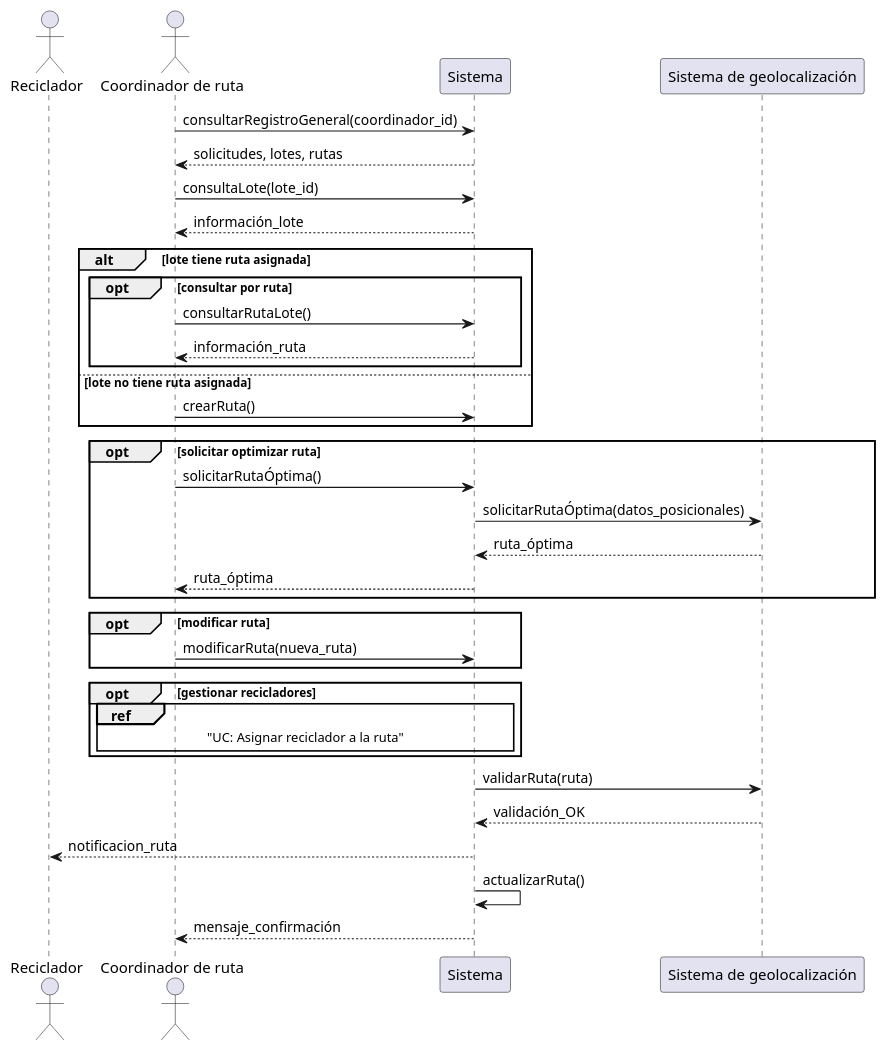
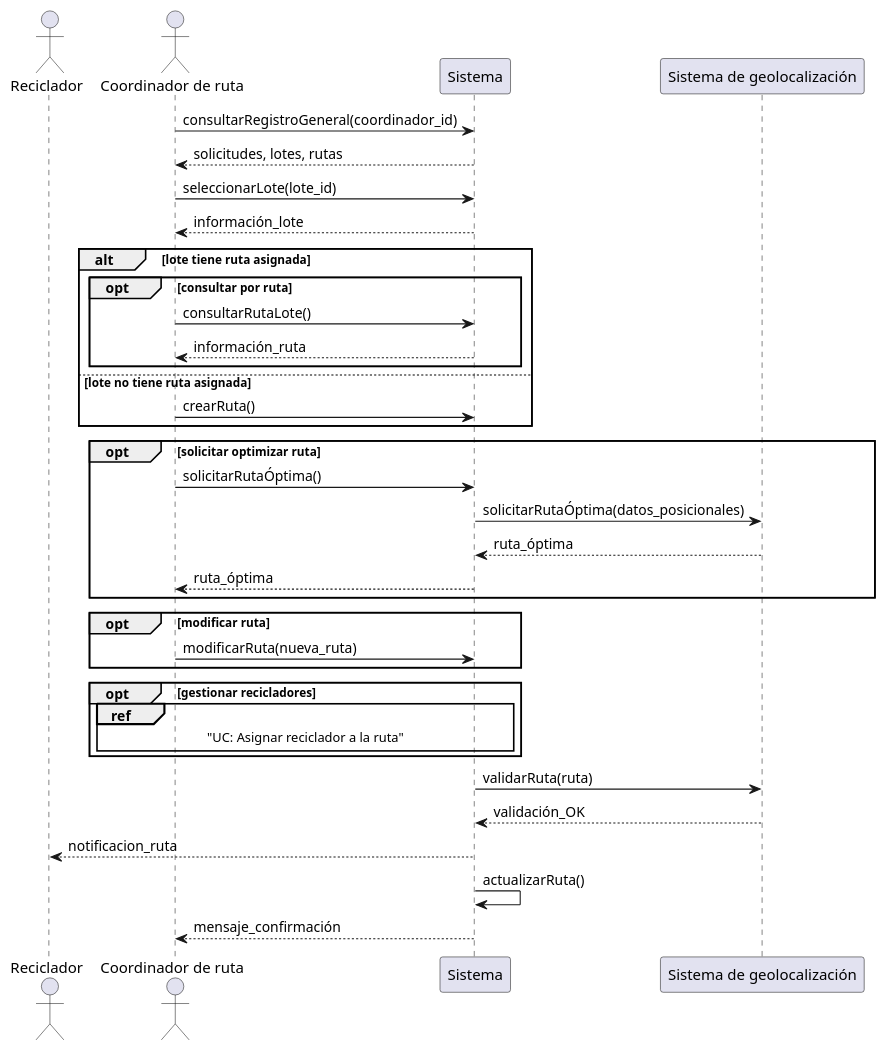
Before and after one commit to gllrmoliva/proyecto-semestral-ingsoft1: the diagram in UC2.plantuml, drawn with PlantUML.

```diff
--- a/UC2.plantuml
+++ b/UC2.plantuml
@@ -1,47 +1,47 @@
 @startuml
 actor "Reciclador" as Reciclador
 actor "Coordinador de ruta" as Coordinador
 
 participant "Sistema" as Sistema
 participant "Sistema de geolocalización" as Geo
 
 
 Coordinador -> Sistema: consultarRegistroGeneral(coordinador_id)
 Sistema --> Coordinador: solicitudes, lotes, rutas
-Coordinador -> Sistema: consultaLote(lote_id)
+Coordinador -> Sistema: seleccionarLote(lote_id)
 Sistema --> Coordinador: información_lote
 
 alt lote tiene ruta asignada
     opt consultar por ruta
         Coordinador -> Sistema: consultarRutaLote()
         Sistema --> Coordinador: información_ruta
 end 
 
 
 else lote no tiene ruta asignada
     Coordinador -> Sistema: crearRuta()
 end
 
 opt solicitar optimizar ruta
     Coordinador -> Sistema: solicitarRutaÓptima()
     Sistema -> Geo: solicitarRutaÓptima(datos_posicionales)
     Geo --> Sistema: ruta_óptima
     Sistema --> Coordinador: ruta_óptima
 end
 
 opt modificar ruta
     Coordinador -> Sistema: modificarRuta(nueva_ruta)
 end
 
 opt gestionar recicladores
     ref over Coordinador, Sistema
         "UC: Asignar reciclador a la ruta"
     end ref
 end
 
 Sistema -> Geo: validarRuta(ruta)
 Geo --> Sistema: validación_OK
 Sistema --> Reciclador: notificacion_ruta
 Sistema -> Sistema: actualizarRuta()
 Sistema --> Coordinador: mensaje_confirmación
 @enduml
```
